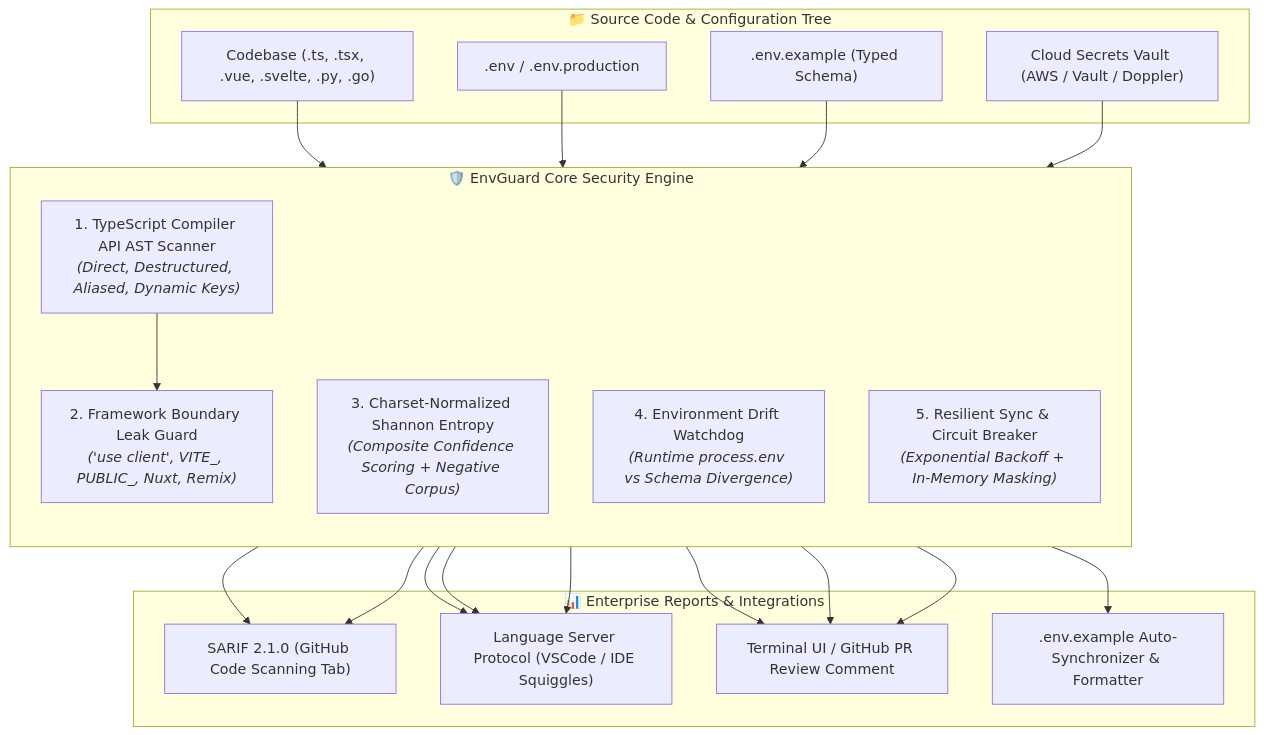
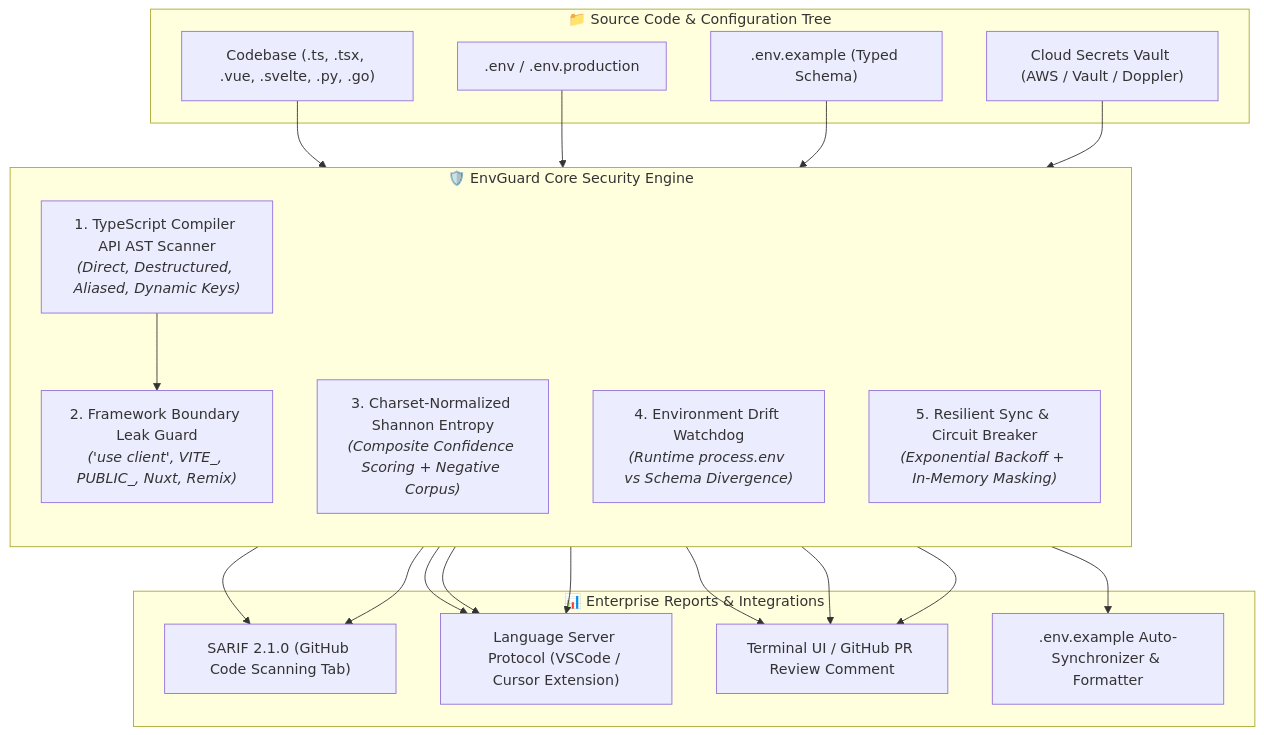
One commit to latryee/envguard changed the diagram in README.md. Above: the diagram before and after it, drawn with Mermaid. The commit also changed other lines of this file and 2 other files, not shown here.

Commit message:
docs: finalize v1.0.0 release audit README, vscode extension guide & package metadata

````diff
--- a/README.md
+++ b/README.md
@@ -57,41 +101,41 @@
 ```mermaid
 flowchart TD
     subgraph SOURCETREE["📁 Source Code & Configuration Tree"]
         SRC["Codebase (.ts, .tsx, .vue, .svelte, .py, .go)"]
         ENV[".env / .env.production"]
         EXAMPLE[".env.example (Typed Schema)"]
         VAULT["Cloud Secrets Vault (AWS / Vault / Doppler)"]
     end
 
     subgraph ENGINE["🛡️ EnvGuard Core Security Engine"]
         direction TB
         AST["1. TypeScript Compiler API AST Scanner<br/><i>(Direct, Destructured, Aliased, Dynamic Keys)</i>"]
         BOUND["2. Framework Boundary Leak Guard<br/><i>('use client', VITE_, PUBLIC_, Nuxt, Remix)</i>"]
         ENTROPY["3. Charset-Normalized Shannon Entropy<br/><i>(Composite Confidence Scoring + Negative Corpus)</i>"]
         DRIFT["4. Environment Drift Watchdog<br/><i>(Runtime process.env vs Schema Divergence)</i>"]
         RESILIENCE["5. Resilient Sync & Circuit Breaker<br/><i>(Exponential Backoff + In-Memory Masking)</i>"]
     end
 
     subgraph OUTPUTS["📊 Enterprise Reports & Integrations"]
         SARIF["SARIF 2.1.0 (GitHub Code Scanning Tab)"]
-        LSP["Language Server Protocol (VSCode / IDE Squiggles)"]
+        LSP["Language Server Protocol (VSCode / Cursor Extension)"]
         CLI_OUT["Terminal UI / GitHub PR Review Comment"]
         SYNC_OUT[".env.example Auto-Synchronizer & Formatter"]
     end
 
     SRC --> AST
     AST --> BOUND
     ENV --> ENTROPY
     EXAMPLE --> DRIFT
     VAULT --> RESILIENCE
 
     BOUND --> SARIF
     ENTROPY --> SARIF
     DRIFT --> CLI_OUT
     BOUND --> LSP
     ENTROPY --> LSP
     DRIFT --> LSP
     RESILIENCE --> SYNC_OUT
     BOUND --> CLI_OUT
     ENTROPY --> CLI_OUT
 ```
````
